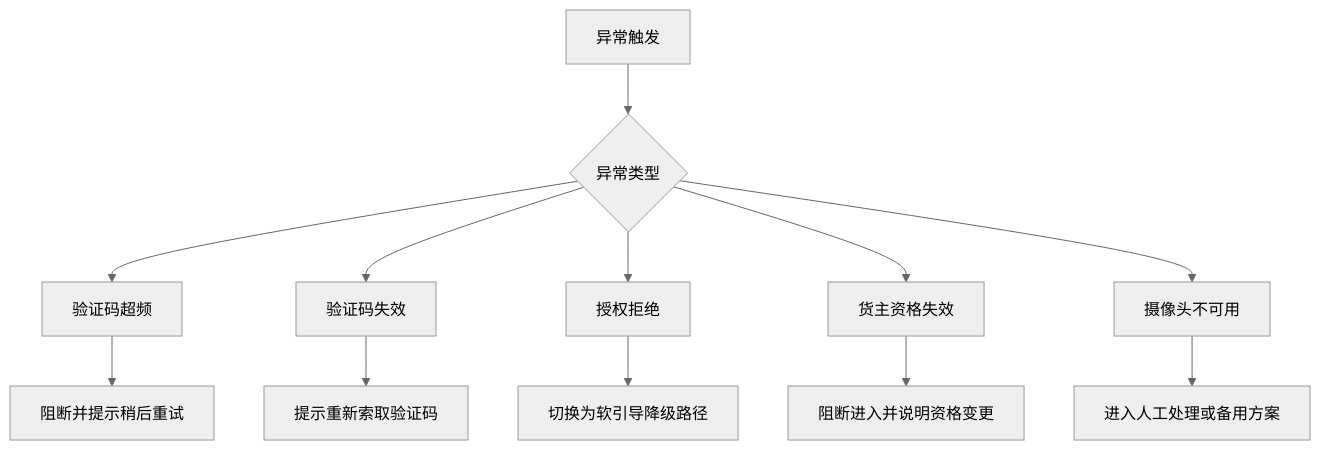
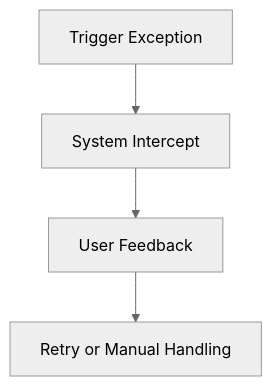
Before and after one commit to husinglemon-art/TMS_Shipper: the third of 4 diagrams in 01_Master_Documents/Product_Architecture.md, drawn with Mermaid (neutral theme). The commit also changed other lines of this file and 15 other files, not shown here.

````diff
--- a/01_Master_Documents/Product_Architecture.md
+++ b/01_Master_Documents/Product_Architecture.md
@@ -77,14 +51,6 @@
 ```mermaid
 flowchart TD
-    A[异常触发] --> B{异常类型}
-    B --> C[验证码超频]
-    B --> D[验证码失效]
-    B --> E[授权拒绝]
-    B --> F[货主资格失效]
-    B --> G[摄像头不可用]
-    C --> H[阻断并提示稍后重试]
-    D --> I[提示重新索取验证码]
-    E --> J[切换为软引导降级路径]
-    F --> K[阻断进入并说明资格变更]
-    G --> L[进入人工处理或备用方案]
+    A[Trigger Exception] --> B[System Intercept]
+    B --> C[User Feedback]
+    C --> D[Retry or Manual Handling]
 ```
````
